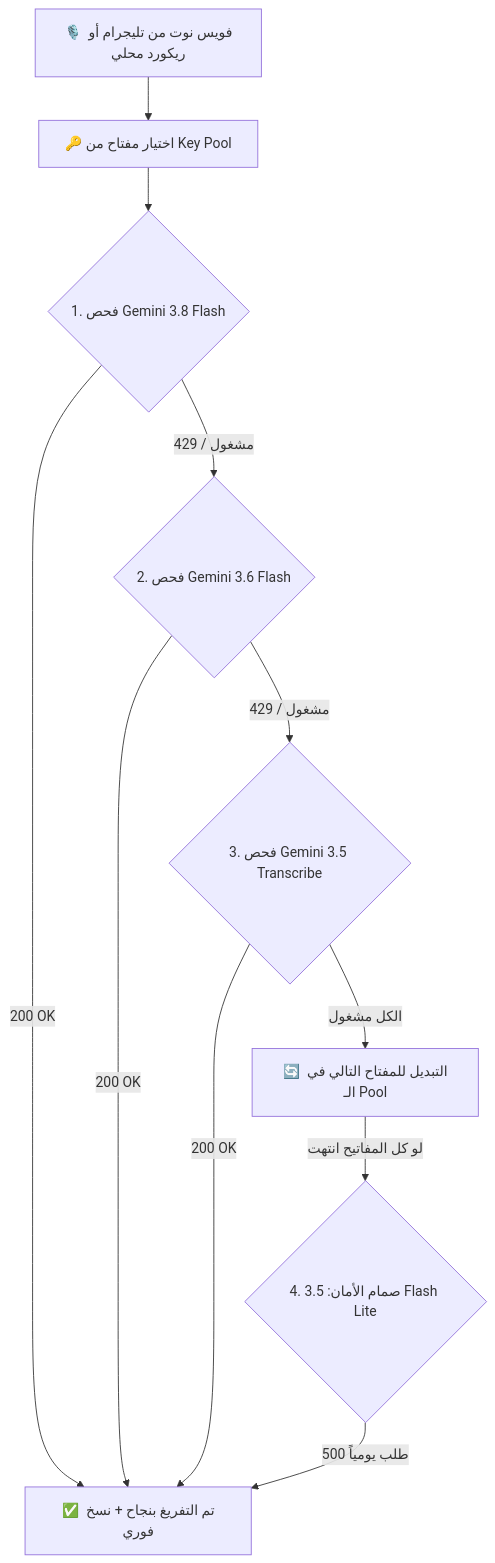
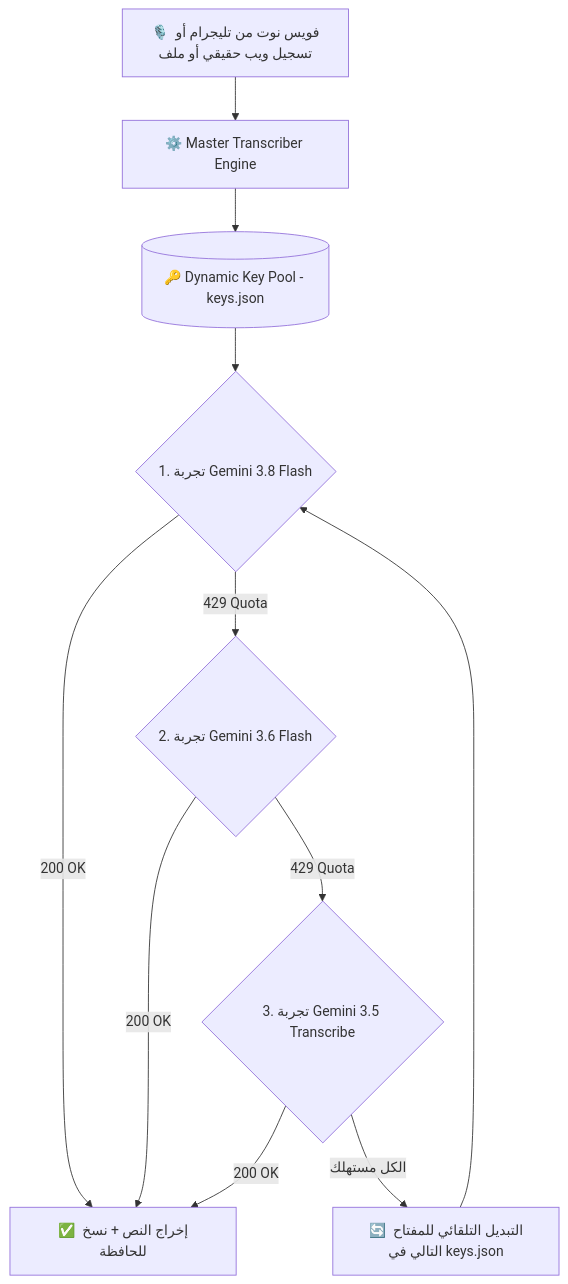
The diagram in README.md (wewe00220033/Gemini-3.8-Flash), drawn with Mermaid before and after one commit. The commit also changed other lines of this file and 8 other files, not shown here.

Commit message:
feat: complete 360 DevOps architecture with Web UI, Dynamic Key Pool, Telegram Bot & Strict Top 3 Models

````diff
--- a/README.md
+++ b/README.md
@@ -32,13 +38,13 @@
 ```mermaid
 graph TD
-    A[🎙️ فويس نوت من تليجرام أو ريكورد محلي] --> B[🔑 اختيار مفتاح من Key Pool]
-    B --> C{1. فحص Gemini 3.8 Flash}
-    C -->|200 OK| S[✅ تم التفريغ بنجاح + نسخ فوري]
-    C -->|429 / مشغول| D{2. فحص Gemini 3.6 Flash}
-    D -->|200 OK| S
-    D -->|429 / مشغول| E{3. فحص Gemini 3.5 Transcribe}
-    E -->|200 OK| S
-    E -->|الكل مشغول| F[🔄 التبديل للمفتاح التالي في الـ Pool]
-    F -->|لو كل المفاتيح انتهت| G{4. صمام الأمان: 3.5 Flash Lite}
-    G -->|500 طلب يومياً| S
+    UserVoice[🎙️ فويس نوت من تليجرام أو تسجيل ويب حقيقي أو ملف] --> Engine[⚙️ Master Transcriber Engine]
+    Engine --> KeyPool[(🔑 Dynamic Key Pool - keys.json)]
+    KeyPool --> Model1{1. تجربة Gemini 3.8 Flash}
+    Model1 -->|200 OK| Done[✅ إخراج النص + نسخ للحافظة]
+    Model1 -->|429 Quota| Model2{2. تجربة Gemini 3.6 Flash}
+    Model2 -->|200 OK| Done
+    Model2 -->|429 Quota| Model3{3. تجربة Gemini 3.5 Transcribe}
+    Model3 -->|200 OK| Done
+    Model3 -->|الكل مستهلك| Rotate[🔄 التبديل التلقائي للمفتاح التالي في keys.json]
+    Rotate --> Model1
 ```
````
